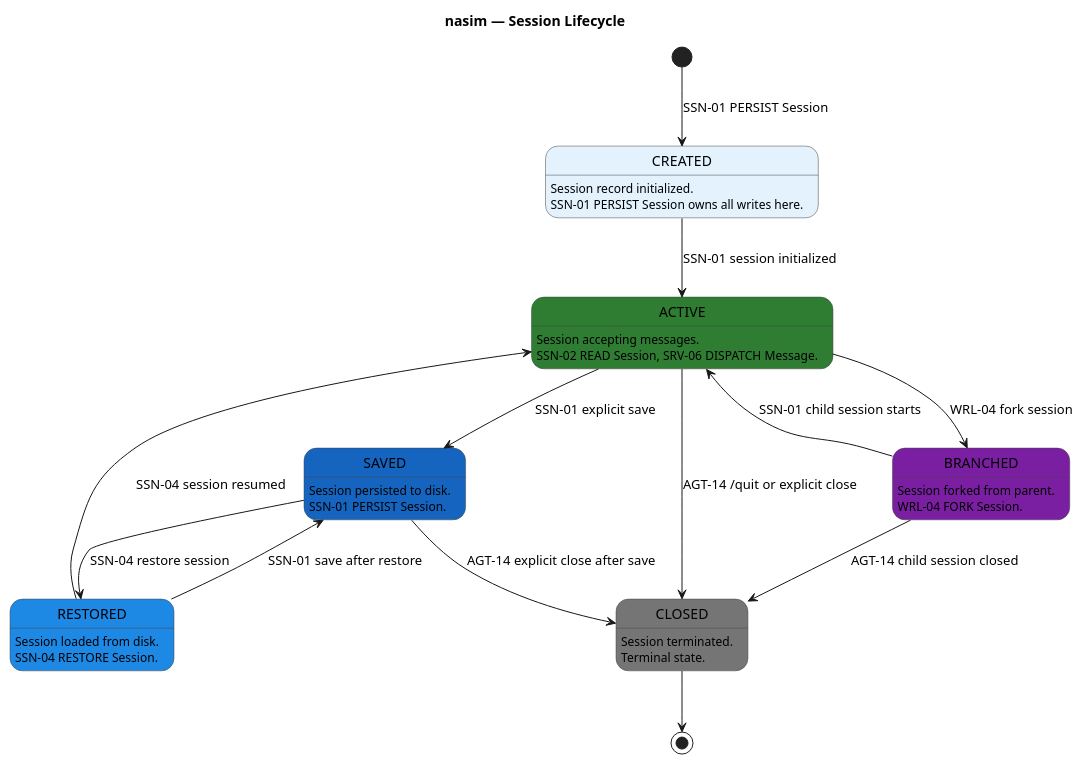
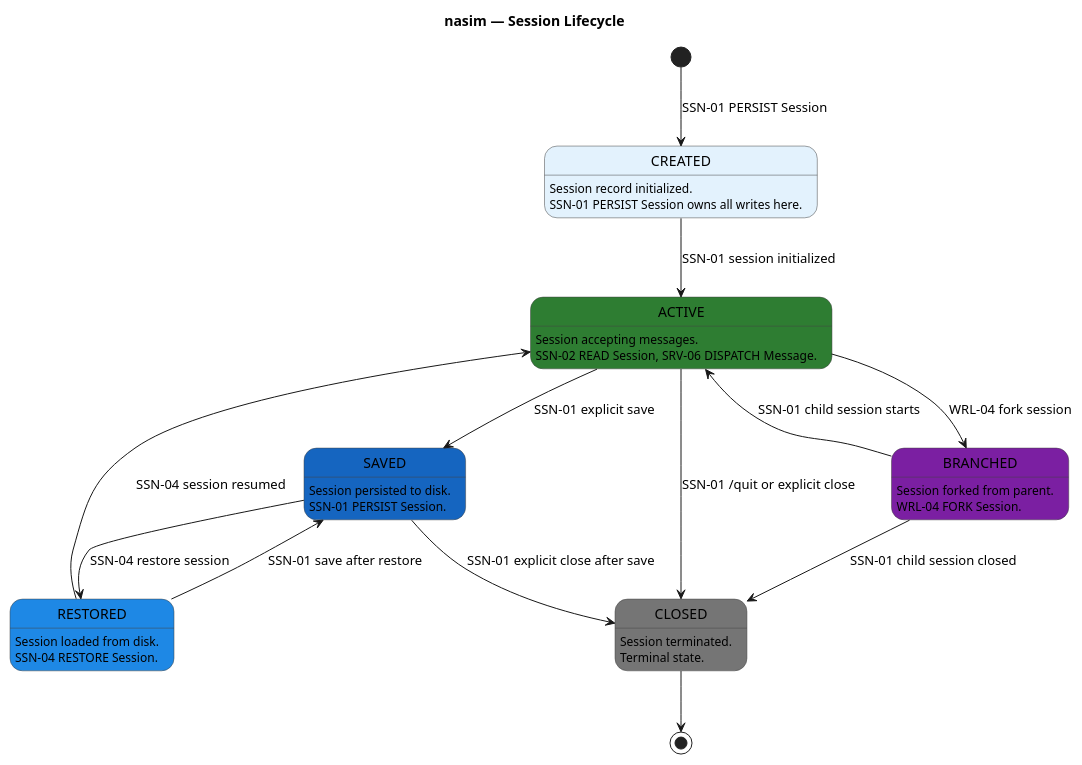
The first of 4 diagrams in SM.md (salimnamvar/nasim), drawn with PlantUML before and after one commit. The commit also changed other lines of this file and 5 other files, not shown here.

First line of the commit message:
docs: Refactor state machine and use case diagrams for clarity and consistency

```diff
--- a/SM.md
+++ b/SM.md
@@ -123,59 +123,59 @@
 @startuml sm_session_lifecycle
 ' ============================================================
 ' Title:     nasim — Session Lifecycle State Machine
 ' Boundary:  nasim code agent
 ' Purpose:   Entity lifecycle for Session (persisted to disk)
 ' Milestone: v1.0
 ' Version:   1.0.0
 ' Source:    docs/UC/README.md
 ' Review:    docs/audit/audit.2026.06.20.sq-sm-chain.car.md
 ' ============================================================
 
 title nasim — Session Lifecycle
 
 skinparam state {
   BackgroundColor #FFFFFF
   BorderColor #424242
   FontColor #000000
 }
 
 [*] --> CREATED : SSN-01 PERSIST Session
 
 state "CREATED" as CREATED #E3F2FD
 CREATED : Session record initialized.
 CREATED : SSN-01 PERSIST Session owns all writes here.
 
 state "ACTIVE" as ACTIVE #2E7D32
 ACTIVE : Session accepting messages.
 ACTIVE : SSN-02 READ Session, SRV-06 DISPATCH Message.
 
 state "SAVED" as SAVED #1565C0
 SAVED : Session persisted to disk.
 SAVED : SSN-01 PERSIST Session.
 
 state "RESTORED" as RESTORED #1E88E5
 RESTORED : Session loaded from disk.
 RESTORED : SSN-04 RESTORE Session.
 
 state "BRANCHED" as BRANCHED #7B1FA2
 BRANCHED : Session forked from parent.
 BRANCHED : WRL-04 FORK Session.
 
 state "CLOSED" as CLOSED #757575
 CLOSED : Session terminated.
 CLOSED : Terminal state.
 
 CREATED --> ACTIVE : SSN-01 session initialized
 ACTIVE --> SAVED : SSN-01 explicit save
 ACTIVE --> BRANCHED : WRL-04 fork session
-ACTIVE --> CLOSED : AGT-14 /quit or explicit close
+ACTIVE --> CLOSED : SSN-01 /quit or explicit close
 SAVED --> RESTORED : SSN-04 restore session
 RESTORED --> ACTIVE : SSN-04 session resumed
 RESTORED --> SAVED : SSN-01 save after restore
 BRANCHED --> ACTIVE : SSN-01 child session starts
-BRANCHED --> CLOSED : AGT-14 child session closed
-SAVED --> CLOSED : AGT-14 explicit close after save
+BRANCHED --> CLOSED : SSN-01 child session closed
+SAVED --> CLOSED : SSN-01 explicit close after save
 
 CLOSED --> [*]
 
 @enduml
```
